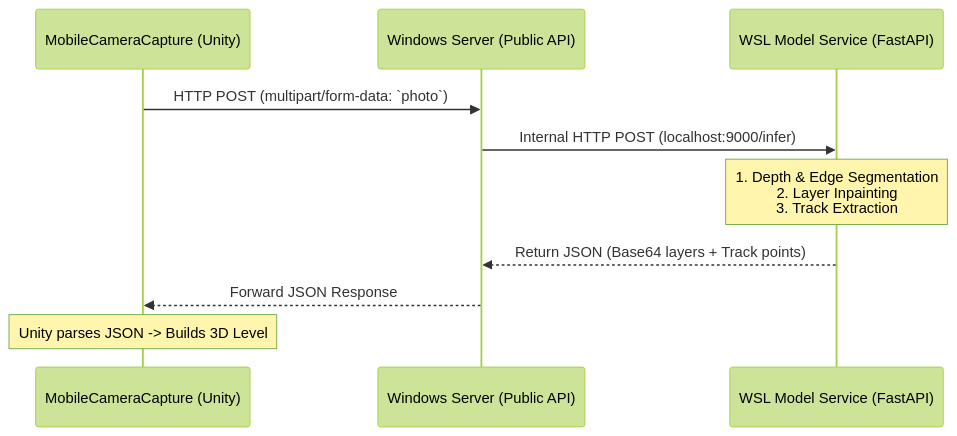
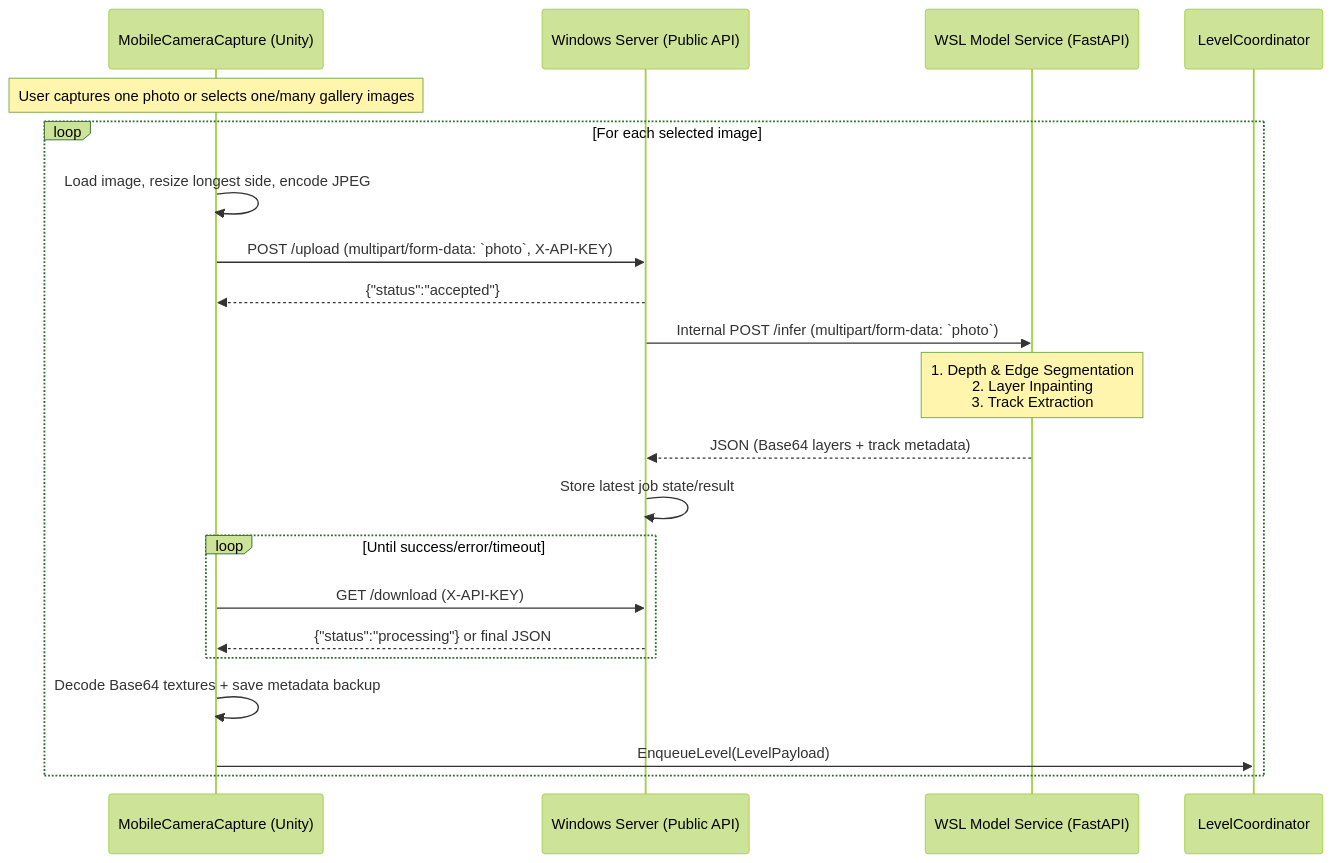
Before and after one commit to mikehsuhoodie/SkateboardP: the diagram in README.md, drawn with Mermaid (forest theme). The commit also changed other lines of this file and 7 other files, not shown here.

````diff
--- a/README.md
+++ b/README.md
@@ -42,15 +49,26 @@
 ```mermaid
 sequenceDiagram
     participant Mobile as MobileCameraCapture (Unity)
     participant Win as Windows Server (Public API)
     participant WSL as WSL Model Service (FastAPI)
+    participant Level as LevelCoordinator
 
-    Mobile->>Win: HTTP POST (multipart/form-data: `photo`)
-    Win->>WSL: Internal HTTP POST (localhost:9000/infer)
-    
-    Note over WSL: 1. Depth & Edge Segmentation<br/>2. Layer Inpainting<br/>3. Track Extraction
-    
-    WSL-->>Win: Return JSON (Base64 layers + Track points)
-    Win-->>Mobile: Forward JSON Response
-    Note over Mobile: Unity parses JSON -> Builds 3D Level
+    Note over Mobile: User captures one photo or selects one/many gallery images
+    loop For each selected image
+        Mobile->>Mobile: Load image, resize longest side, encode JPEG
+        Mobile->>Win: POST /upload (multipart/form-data: `photo`, X-API-KEY)
+        Win-->>Mobile: {"status":"accepted"}
+        Win->>WSL: Internal POST /infer (multipart/form-data: `photo`)
+
+        Note over WSL: 1. Depth & Edge Segmentation<br/>2. Layer Inpainting<br/>3. Track Extraction
+
+        WSL-->>Win: JSON (Base64 layers + track metadata)
+        Win->>Win: Store latest job state/result
+        loop Until success/error/timeout
+            Mobile->>Win: GET /download (X-API-KEY)
+            Win-->>Mobile: {"status":"processing"} or final JSON
+        end
+        Mobile->>Mobile: Decode Base64 textures + save metadata backup
+        Mobile->>Level: EnqueueLevel(LevelPayload)
+    end
 ```
````
